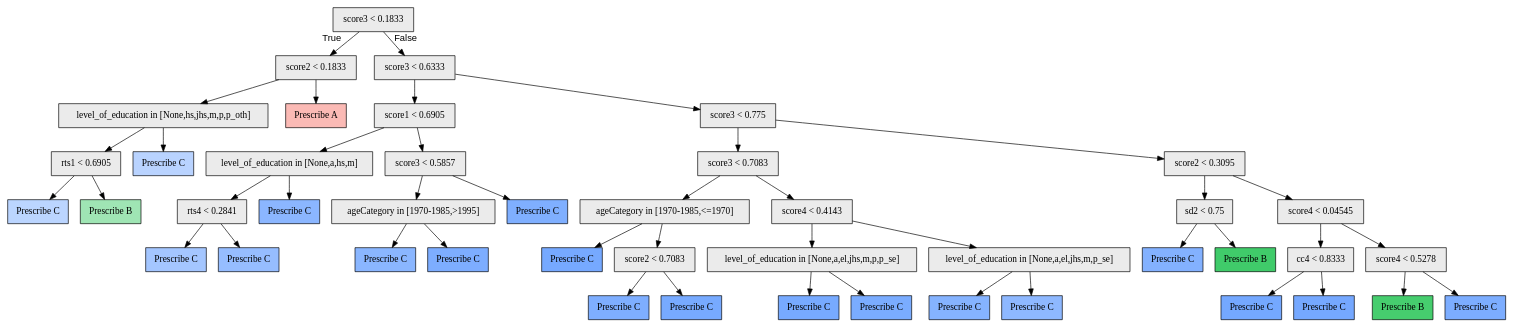
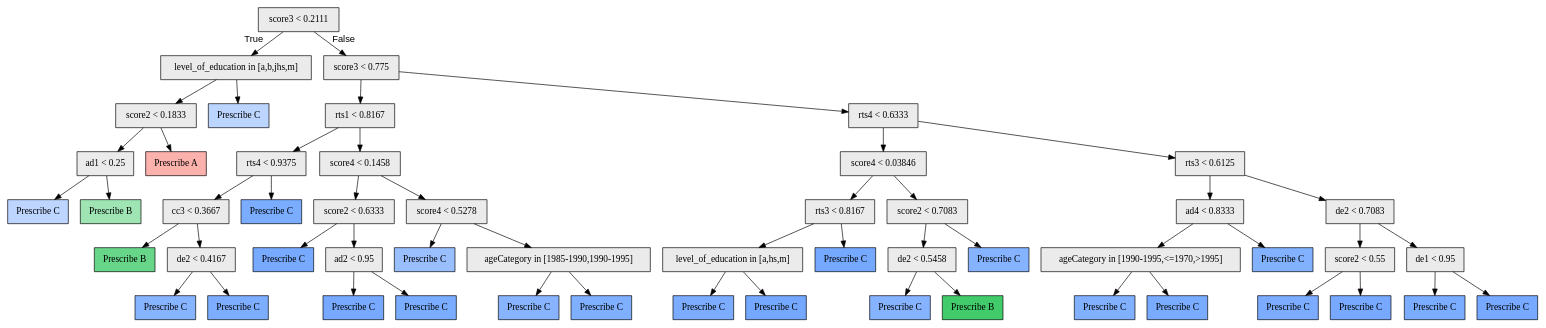
The diagram in python/model/3/dfe/pytree.dot (galitLukin/PersonalizedLearning), drawn with Graphviz before and after one commit. The commit also changed 15 other files, not shown here.

```diff
--- a/python/model/3/dfe/pytree.dot
+++ b/python/model/3/dfe/pytree.dot
@@ -1,91 +1,107 @@
 digraph "G" {
-1 [fillcolor="#EBEBEB", fontname="bold arial", label="score3 &lt; 0.1833", shape=box, style="filled"];
-2 [fillcolor="#EBEBEB", fontname="bold arial", label="score2 &lt; 0.1833", shape=box, style="filled"];
-3 [fillcolor="#EBEBEB", fontname="bold arial", label="level_of_education in [None,hs,jhs,m,p,p_oth]", shape=box, style="filled"];
-4 [fillcolor="#EBEBEB", fontname="bold arial", label="rts1 &lt; 0.6905", shape=box, style="filled"];
-5 [color=black, fillcolor="#619CFF6d", fontname="bold arial", label="Prescribe C", shape=box, style="filled"];
+1 [fillcolor="#EBEBEB", fontname="bold arial", label="score3 &lt; 0.2111", shape=box, style="filled"];
+2 [fillcolor="#EBEBEB", fontname="bold arial", label="level_of_education in [a,b,jhs,m]", shape=box, style="filled"];
+3 [fillcolor="#EBEBEB", fontname="bold arial", label="score2 &lt; 0.1833", shape=box, style="filled"];
+4 [fillcolor="#EBEBEB", fontname="bold arial", label="ad1 &lt; 0.25", shape=box, style="filled"];
+5 [color=black, fillcolor="#619CFF68", fontname="bold arial", label="Prescribe C", shape=box, style="filled"];
 6 [color=black, fillcolor="#00BA3860", fontname="bold arial", label="Prescribe B", shape=box, style="filled"];
-7 [color=black, fillcolor="#619CFF70", fontname="bold arial", label="Prescribe C", shape=box, style="filled"];
-8 [color=black, fillcolor="#F8766D80", fontname="bold arial", label="Prescribe A", shape=box, style="filled"];
-9 [fillcolor="#EBEBEB", fontname="bold arial", label="score3 &lt; 0.6333", shape=box, style="filled"];
-10 [fillcolor="#EBEBEB", fontname="bold arial", label="score1 &lt; 0.6905", shape=box, style="filled"];
-11 [fillcolor="#EBEBEB", fontname="bold arial", label="level_of_education in [None,a,hs,m]", shape=box, style="filled"];
-12 [fillcolor="#EBEBEB", fontname="bold arial", label="rts4 &lt; 0.2841", shape=box, style="filled"];
-13 [color=black, fillcolor="#619CFF93", fontname="bold arial", label="Prescribe C", shape=box, style="filled"];
-14 [color=black, fillcolor="#619CFFa9", fontname="bold arial", label="Prescribe C", shape=box, style="filled"];
-15 [color=black, fillcolor="#619CFFbb", fontname="bold arial", label="Prescribe C", shape=box, style="filled"];
-16 [fillcolor="#EBEBEB", fontname="bold arial", label="score3 &lt; 0.5857", shape=box, style="filled"];
-17 [fillcolor="#EBEBEB", fontname="bold arial", label="ageCategory in [1970-1985,&gt;1995]", shape=box, style="filled"];
-18 [color=black, fillcolor="#619CFFbc", fontname="bold arial", label="Prescribe C", shape=box, style="filled"];
-19 [color=black, fillcolor="#619CFFd1", fontname="bold arial", label="Prescribe C", shape=box, style="filled"];
-20 [color=black, fillcolor="#619CFFce", fontname="bold arial", label="Prescribe C", shape=box, style="filled"];
-21 [fillcolor="#EBEBEB", fontname="bold arial", label="score3 &lt; 0.775", shape=box, style="filled"];
-22 [fillcolor="#EBEBEB", fontname="bold arial", label="score3 &lt; 0.7083", shape=box, style="filled"];
-23 [fillcolor="#EBEBEB", fontname="bold arial", label="ageCategory in [1970-1985,&lt;=1970]", shape=box, style="filled"];
-24 [color=black, fillcolor="#619CFFdd", fontname="bold arial", label="Prescribe C", shape=box, style="filled"];
-25 [fillcolor="#EBEBEB", fontname="bold arial", label="score2 &lt; 0.7083", shape=box, style="filled"];
-26 [color=black, fillcolor="#619CFFd0", fontname="bold arial", label="Prescribe C", shape=box, style="filled"];
-27 [color=black, fillcolor="#619CFFda", fontname="bold arial", label="Prescribe C", shape=box, style="filled"];
-28 [fillcolor="#EBEBEB", fontname="bold arial", label="score4 &lt; 0.4143", shape=box, style="filled"];
-29 [fillcolor="#EBEBEB", fontname="bold arial", label="level_of_education in [None,a,el,jhs,m,p,p_se]", shape=box, style="filled"];
-30 [color=black, fillcolor="#619CFFdb", fontname="bold arial", label="Prescribe C", shape=box, style="filled"];
-31 [color=black, fillcolor="#619CFFd6", fontname="bold arial", label="Prescribe C", shape=box, style="filled"];
-32 [fillcolor="#EBEBEB", fontname="bold arial", label="level_of_education in [None,a,el,jhs,m,p_se]", shape=box, style="filled"];
-33 [color=black, fillcolor="#619CFFc4", fontname="bold arial", label="Prescribe C", shape=box, style="filled"];
-34 [color=black, fillcolor="#619CFFb6", fontname="bold arial", label="Prescribe C", shape=box, style="filled"];
-35 [fillcolor="#EBEBEB", fontname="bold arial", label="score2 &lt; 0.3095", shape=box, style="filled"];
-36 [fillcolor="#EBEBEB", fontname="bold arial", label="sd2 &lt; 0.75", shape=box, style="filled"];
-37 [color=black, fillcolor="#619CFFc8", fontname="bold arial", label="Prescribe C", shape=box, style="filled"];
-38 [color=black, fillcolor="#00BA38bf", fontname="bold arial", label="Prescribe B", shape=box, style="filled"];
-39 [fillcolor="#EBEBEB", fontname="bold arial", label="score4 &lt; 0.04545", shape=box, style="filled"];
-40 [fillcolor="#EBEBEB", fontname="bold arial", label="cc4 &lt; 0.8333", shape=box, style="filled"];
-41 [color=black, fillcolor="#619CFFdf", fontname="bold arial", label="Prescribe C", shape=box, style="filled"];
-42 [color=black, fillcolor="#619CFFde", fontname="bold arial", label="Prescribe C", shape=box, style="filled"];
-43 [fillcolor="#EBEBEB", fontname="bold arial", label="score4 &lt; 0.5278", shape=box, style="filled"];
-44 [color=black, fillcolor="#00BA38b9", fontname="bold arial", label="Prescribe B", shape=box, style="filled"];
-45 [color=black, fillcolor="#619CFFd3", fontname="bold arial", label="Prescribe C", shape=box, style="filled"];
+7 [color=black, fillcolor="#F8766D91", fontname="bold arial", label="Prescribe A", shape=box, style="filled"];
+8 [color=black, fillcolor="#619CFF6b", fontname="bold arial", label="Prescribe C", shape=box, style="filled"];
+9 [fillcolor="#EBEBEB", fontname="bold arial", label="score3 &lt; 0.775", shape=box, style="filled"];
+10 [fillcolor="#EBEBEB", fontname="bold arial", label="rts1 &lt; 0.8167", shape=box, style="filled"];
+11 [fillcolor="#EBEBEB", fontname="bold arial", label="rts4 &lt; 0.9375", shape=box, style="filled"];
+12 [fillcolor="#EBEBEB", fontname="bold arial", label="cc3 &lt; 0.3667", shape=box, style="filled"];
+13 [color=black, fillcolor="#00BA3897", fontname="bold arial", label="Prescribe B", shape=box, style="filled"];
+14 [fillcolor="#EBEBEB", fontname="bold arial", label="de2 &lt; 0.4167", shape=box, style="filled"];
+15 [color=black, fillcolor="#619CFFc1", fontname="bold arial", label="Prescribe C", shape=box, style="filled"];
+16 [color=black, fillcolor="#619CFFd2", fontname="bold arial", label="Prescribe C", shape=box, style="filled"];
+17 [color=black, fillcolor="#619CFFd6", fontname="bold arial", label="Prescribe C", shape=box, style="filled"];
+18 [fillcolor="#EBEBEB", fontname="bold arial", label="score4 &lt; 0.1458", shape=box, style="filled"];
+19 [fillcolor="#EBEBEB", fontname="bold arial", label="score2 &lt; 0.6333", shape=box, style="filled"];
+20 [color=black, fillcolor="#619CFFda", fontname="bold arial", label="Prescribe C", shape=box, style="filled"];
+21 [fillcolor="#EBEBEB", fontname="bold arial", label="ad2 &lt; 0.95", shape=box, style="filled"];
+22 [color=black, fillcolor="#619CFFdc", fontname="bold arial", label="Prescribe C", shape=box, style="filled"];
+23 [color=black, fillcolor="#619CFFd6", fontname="bold arial", label="Prescribe C", shape=box, style="filled"];
+24 [fillcolor="#EBEBEB", fontname="bold arial", label="score4 &lt; 0.5278", shape=box, style="filled"];
+25 [color=black, fillcolor="#619CFFa4", fontname="bold arial", label="Prescribe C", shape=box, style="filled"];
+26 [fillcolor="#EBEBEB", fontname="bold arial", label="ageCategory in [1985-1990,1990-1995]", shape=box, style="filled"];
+27 [color=black, fillcolor="#619CFFc0", fontname="bold arial", label="Prescribe C", shape=box, style="filled"];
+28 [color=black, fillcolor="#619CFFce", fontname="bold arial", label="Prescribe C", shape=box, style="filled"];
+29 [fillcolor="#EBEBEB", fontname="bold arial", label="rts4 &lt; 0.6333", shape=box, style="filled"];
+30 [fillcolor="#EBEBEB", fontname="bold arial", label="score4 &lt; 0.03846", shape=box, style="filled"];
+31 [fillcolor="#EBEBEB", fontname="bold arial", label="rts3 &lt; 0.8167", shape=box, style="filled"];
+32 [fillcolor="#EBEBEB", fontname="bold arial", label="level_of_education in [a,hs,m]", shape=box, style="filled"];
+33 [color=black, fillcolor="#619CFFd4", fontname="bold arial", label="Prescribe C", shape=box, style="filled"];
+34 [color=black, fillcolor="#619CFFdf", fontname="bold arial", label="Prescribe C", shape=box, style="filled"];
+35 [color=black, fillcolor="#619CFFde", fontname="bold arial", label="Prescribe C", shape=box, style="filled"];
+36 [fillcolor="#EBEBEB", fontname="bold arial", label="score2 &lt; 0.7083", shape=box, style="filled"];
+37 [fillcolor="#EBEBEB", fontname="bold arial", label="de2 &lt; 0.5458", shape=box, style="filled"];
+38 [color=black, fillcolor="#619CFFc2", fontname="bold arial", label="Prescribe C", shape=box, style="filled"];
+39 [color=black, fillcolor="#00BA38be", fontname="bold arial", label="Prescribe B", shape=box, style="filled"];
+40 [color=black, fillcolor="#619CFFc4", fontname="bold arial", label="Prescribe C", shape=box, style="filled"];
+41 [fillcolor="#EBEBEB", fontname="bold arial", label="rts3 &lt; 0.6125", shape=box, style="filled"];
+42 [fillcolor="#EBEBEB", fontname="bold arial", label="ad4 &lt; 0.8333", shape=box, style="filled"];
+43 [fillcolor="#EBEBEB", fontname="bold arial", label="ageCategory in [1990-1995,&lt;=1970,&gt;1995]", shape=box, style="filled"];
+44 [color=black, fillcolor="#619CFFcb", fontname="bold arial", label="Prescribe C", shape=box, style="filled"];
+45 [color=black, fillcolor="#619CFFd8", fontname="bold arial", label="Prescribe C", shape=box, style="filled"];
+46 [color=black, fillcolor="#619CFFc9", fontname="bold arial", label="Prescribe C", shape=box, style="filled"];
+47 [fillcolor="#EBEBEB", fontname="bold arial", label="de2 &lt; 0.7083", shape=box, style="filled"];
+48 [fillcolor="#EBEBEB", fontname="bold arial", label="score2 &lt; 0.55", shape=box, style="filled"];
+49 [color=black, fillcolor="#619CFFd4", fontname="bold arial", label="Prescribe C", shape=box, style="filled"];
+50 [color=black, fillcolor="#619CFFdd", fontname="bold arial", label="Prescribe C", shape=box, style="filled"];
+51 [fillcolor="#EBEBEB", fontname="bold arial", label="de1 &lt; 0.95", shape=box, style="filled"];
+52 [color=black, fillcolor="#619CFFd6", fontname="bold arial", label="Prescribe C", shape=box, style="filled"];
+53 [color=black, fillcolor="#619CFFdc", fontname="bold arial", label="Prescribe C", shape=box, style="filled"];
 1 -> 2  [fontname="arial", headlabel="True", key=0, labelangle=45, labeldistance="2.5"];
 1 -> 9  [fontname="arial", headlabel="False", key=0, labelangle="-45", labeldistance="2.5"];
 2 -> 3  [key=0];
 2 -> 8  [key=0];
 3 -> 4  [key=0];
 3 -> 7  [key=0];
 4 -> 5  [key=0];
 4 -> 6  [key=0];
 9 -> 10  [key=0];
-9 -> 21  [key=0];
+9 -> 29  [key=0];
 10 -> 11  [key=0];
-10 -> 16  [key=0];
+10 -> 18  [key=0];
 11 -> 12  [key=0];
-11 -> 15  [key=0];
+11 -> 17  [key=0];
 12 -> 13  [key=0];
 12 -> 14  [key=0];
-16 -> 17  [key=0];
-16 -> 20  [key=0];
-17 -> 18  [key=0];
-17 -> 19  [key=0];
+14 -> 15  [key=0];
+14 -> 16  [key=0];
+18 -> 19  [key=0];
+18 -> 24  [key=0];
+19 -> 20  [key=0];
+19 -> 21  [key=0];
 21 -> 22  [key=0];
-21 -> 35  [key=0];
-22 -> 23  [key=0];
-22 -> 28  [key=0];
-23 -> 24  [key=0];
-23 -> 25  [key=0];
-25 -> 26  [key=0];
-25 -> 27  [key=0];
-28 -> 29  [key=0];
-28 -> 32  [key=0];
+21 -> 23  [key=0];
+24 -> 25  [key=0];
+24 -> 26  [key=0];
+26 -> 27  [key=0];
+26 -> 28  [key=0];
 29 -> 30  [key=0];
-29 -> 31  [key=0];
+29 -> 41  [key=0];
+30 -> 31  [key=0];
+30 -> 36  [key=0];
+31 -> 32  [key=0];
+31 -> 35  [key=0];
 32 -> 33  [key=0];
 32 -> 34  [key=0];
-35 -> 36  [key=0];
-35 -> 39  [key=0];
 36 -> 37  [key=0];
-36 -> 38  [key=0];
-39 -> 40  [key=0];
-39 -> 43  [key=0];
-40 -> 41  [key=0];
-40 -> 42  [key=0];
+36 -> 40  [key=0];
+37 -> 38  [key=0];
+37 -> 39  [key=0];
+41 -> 42  [key=0];
+41 -> 47  [key=0];
+42 -> 43  [key=0];
+42 -> 46  [key=0];
 43 -> 44  [key=0];
 43 -> 45  [key=0];
+47 -> 48  [key=0];
+47 -> 51  [key=0];
+48 -> 49  [key=0];
+48 -> 50  [key=0];
+51 -> 52  [key=0];
+51 -> 53  [key=0];
 }
```
